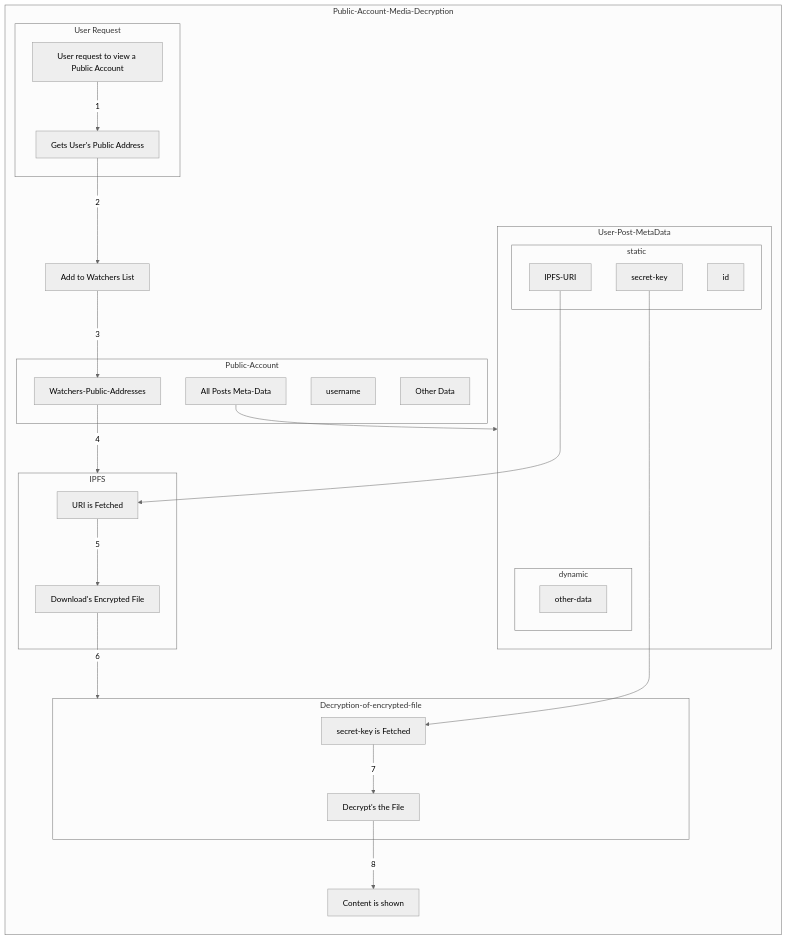
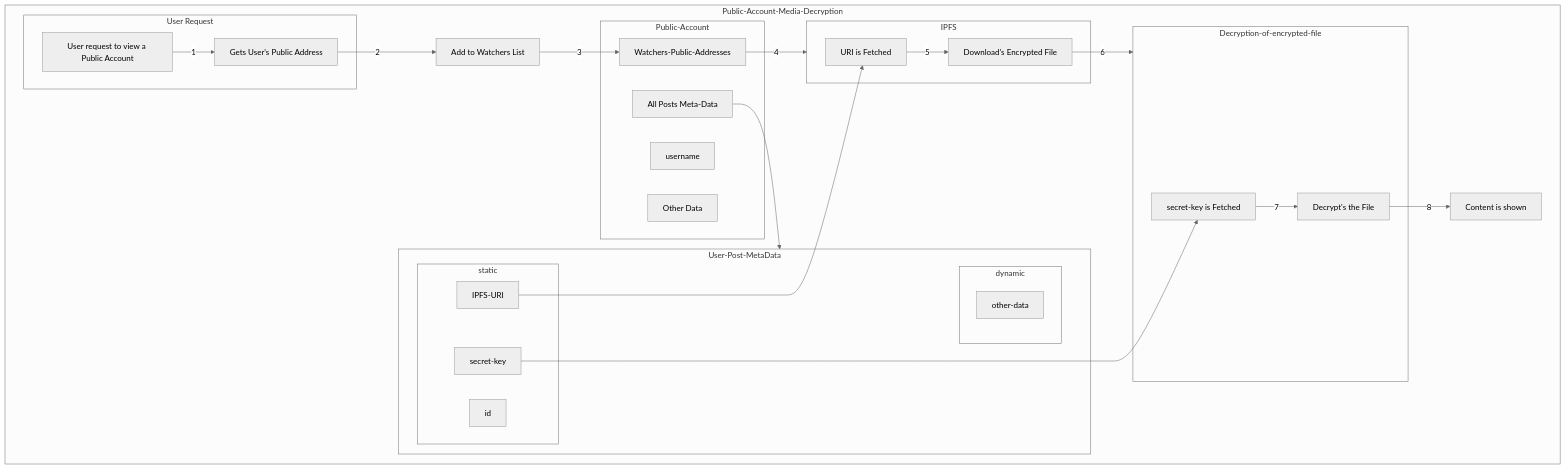
One commit to viralfoundation/Technical-Whitepaper-LaTeX changed the fifth of 7 diagrams in README.md. Above: the diagram before and after it, drawn with Mermaid (neutral theme). The commit also changed other lines of this file, not shown here.

Commit message:
Commit #15

````diff
--- a/README.md
+++ b/README.md
@@ -519,49 +519,49 @@
 ```mermaid
 
-flowchart LR
+flowchart TB
 
 subgraph Public-Account-Media-Decryption
 
   A0[User request to view a Public Account]
   subgraph User Request
   A0--1-->A1
   A1[Gets User's Public Address]
   end
   subgraph Public-Account
   B1[username]
   B2[Watchers-Public-Addresses]
   B3[All Posts Meta-Data]
   B4[Other Data]
   end
   A1--2-->K1[Add to Watchers List]--3-->B2
     subgraph IPFS
   C1[URI is Fetched]
   C2[Download's Encrypted File]
   C1--5-->C2
   end
   subgraph Decryption-of-encrypted-file
   D1[secret-key is Fetched]
   D2[Decrypt's the File]
   D1--7-->D2
   end 
   subgraph User-Post-MetaData
   subgraph static
   id
   IPFS-URI
   secret-key
   end
   subgraph dynamic
   other-data
   end
   end
   IPFS-URI--->C1
   secret-key--->D1
   B3--->User-Post-MetaData
   B2--4-->IPFS
   C2--6-->Decryption-of-encrypted-file
   Z[Content is shown]
   D2--8-->Z
 
 end
 
 ```
````
